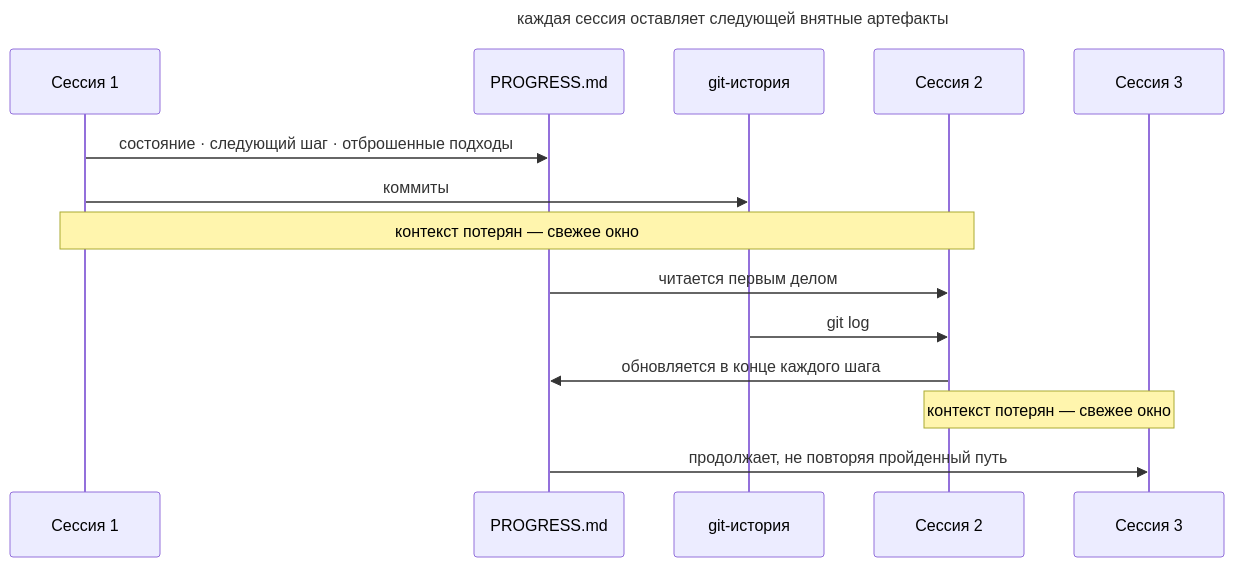
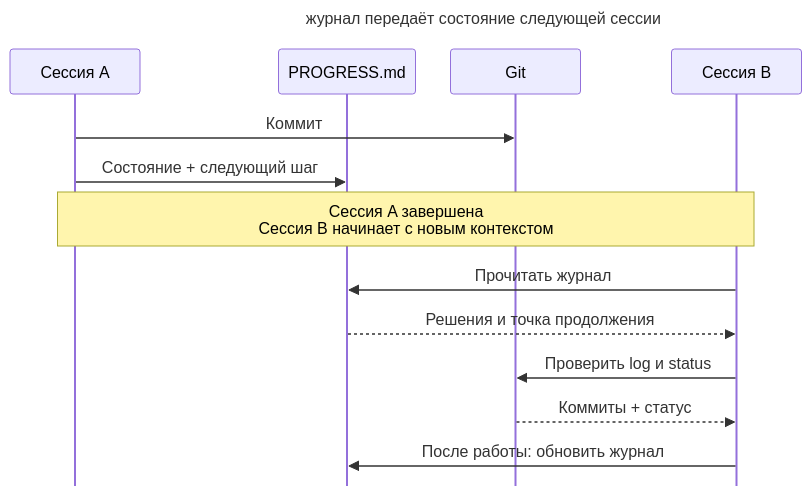
One commit to Rastavelli/agentic-coding-design-patterns changed the diagram in book/ru/progress-file.md. Above: the diagram before and after it, drawn with Mermaid. The commit also changed other lines of this file and 9 other files, not shown here.

Commit message:
docs: clarify Mermaid diagrams and remove obsolete Claude alias

````diff
--- a/book/ru/progress-file.md
+++ b/book/ru/progress-file.md
@@ -45,20 +45,25 @@
 ```mermaid
 ---
-title: каждая сессия оставляет следующей внятные артефакты
+title: журнал передаёт состояние следующей сессии
+config:
+  sequence:
+    mirrorActors: false
+    width: 130
+    height: 45
+    actorMargin: 35
+    messageMargin: 28
 ---
 sequenceDiagram
-  participant S1 as Сессия 1
+  participant A as Сессия A
   participant P as PROGRESS.md
-  participant G as git-история
-  participant S2 as Сессия 2
-  participant S3 as Сессия 3
-
-  S1->>P: состояние · следующий шаг · отброшенные подходы
-  S1->>G: коммиты
-  Note over S1,S2: контекст потерян — свежее окно
-  P->>S2: читается первым делом
-  G->>S2: git log
-  S2->>P: обновляется в конце каждого шага
-  Note over S2,S3: контекст потерян — свежее окно
-  P->>S3: продолжает, не повторяя пройденный путь
+  participant G as Git
+  participant B as Сессия B
+  A->>G: Коммит
+  A->>P: Состояние + следующий шаг
+  Note over A,B: Сессия A завершена<br/>Сессия B начинает с новым контекстом
+  B->>P: Прочитать журнал
+  P-->>B: Решения и точка продолжения
+  B->>G: Проверить log и status
+  G-->>B: Коммиты + статус
+  B->>P: После работы: обновить журнал
 ```
````
